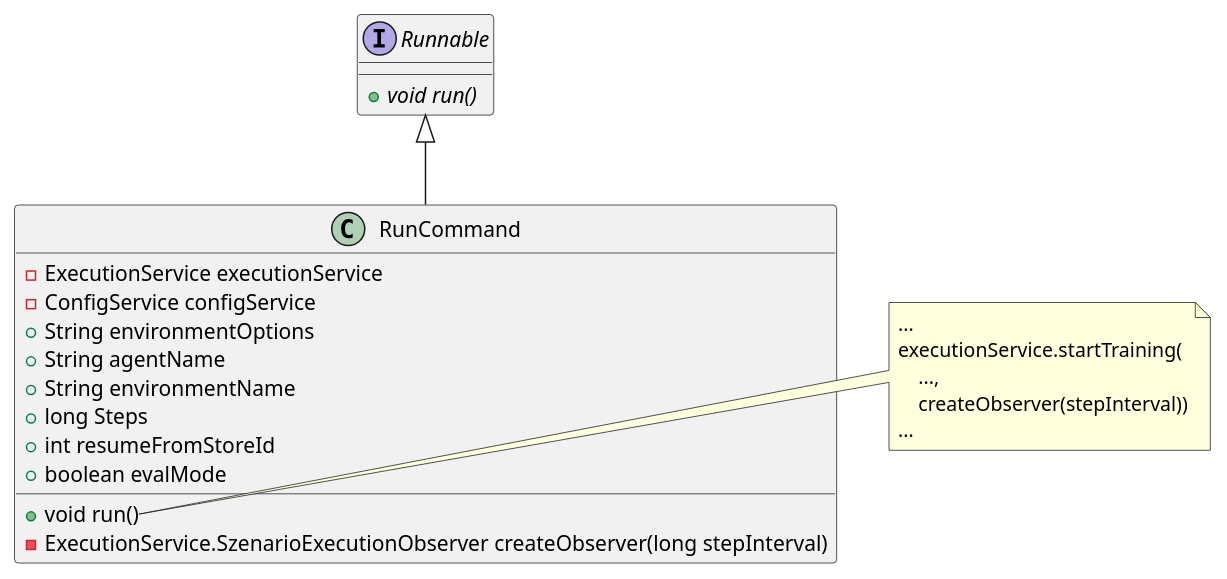
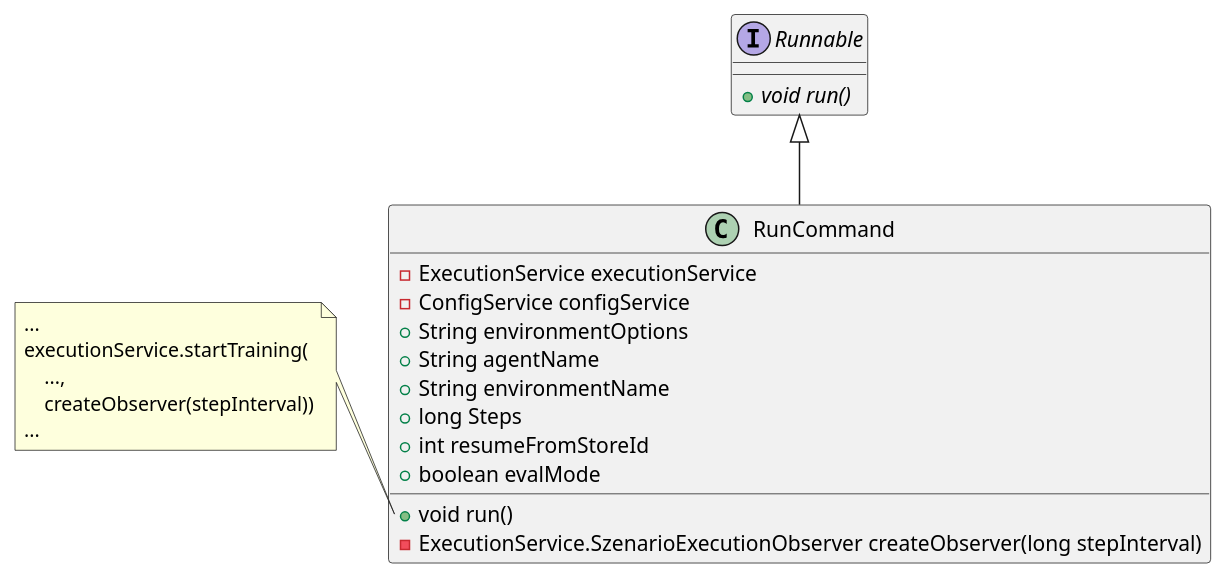
One commit to jatsqi/ASE-Reinforcement-Learning changed the diagram in uml/postExtractMethodRefactoring.puml. Above: the diagram before and after it, drawn with PlantUML. The commit also changed 2 other files, not shown here.

Commit message:
Add second code smell and minor UML improvements.

```diff
--- a/uml/postExtractMethodRefactoring.puml
+++ b/uml/postExtractMethodRefactoring.puml
@@ -1,32 +1,32 @@
 @startuml
 'https://plantuml.com/class-diagram
 
 interface Runnable {
 +{abstract} void run()
 }
 
 class RunCommand {
 -ExecutionService executionService
 -ConfigService configService
 +String environmentOptions
 +String agentName
 +String environmentName
 +long Steps
 +int resumeFromStoreId
 +boolean evalMode
 
 +void run()
 -ExecutionService.SzenarioExecutionObserver createObserver(long stepInterval)
 }
 
-note right of RunCommand::run
+note left of RunCommand::run
     ...
     executionService.startTraining(
         ...,
         createObserver(stepInterval))
     ...
 end note
 
 Runnable <|-- RunCommand
 
 @enduml
```
